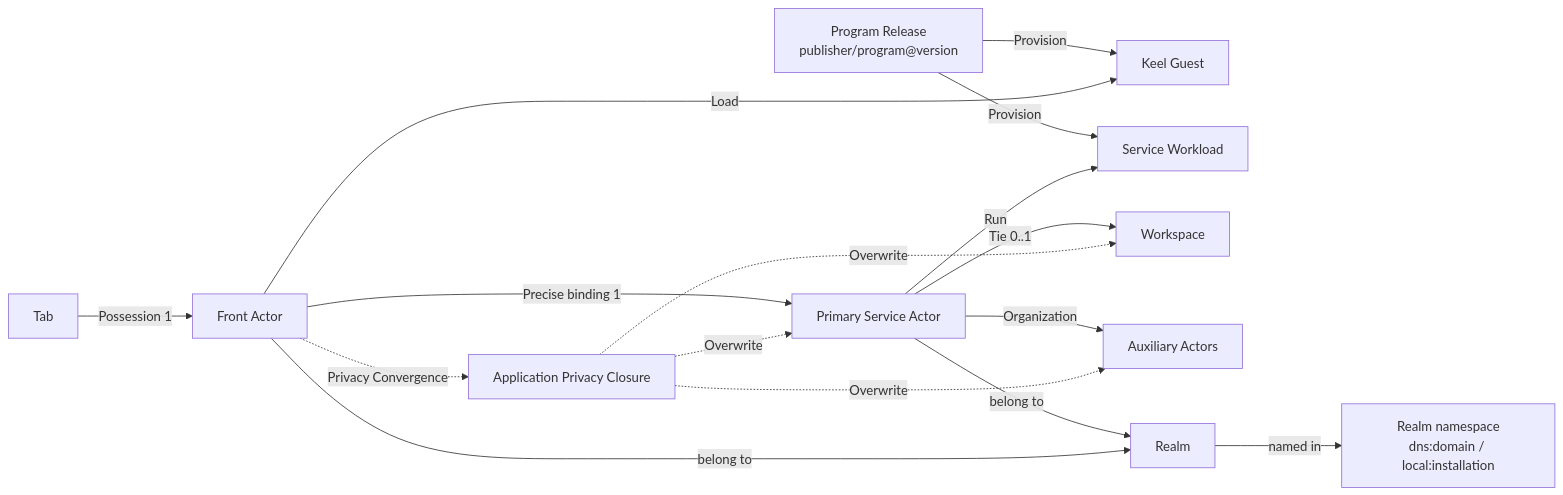
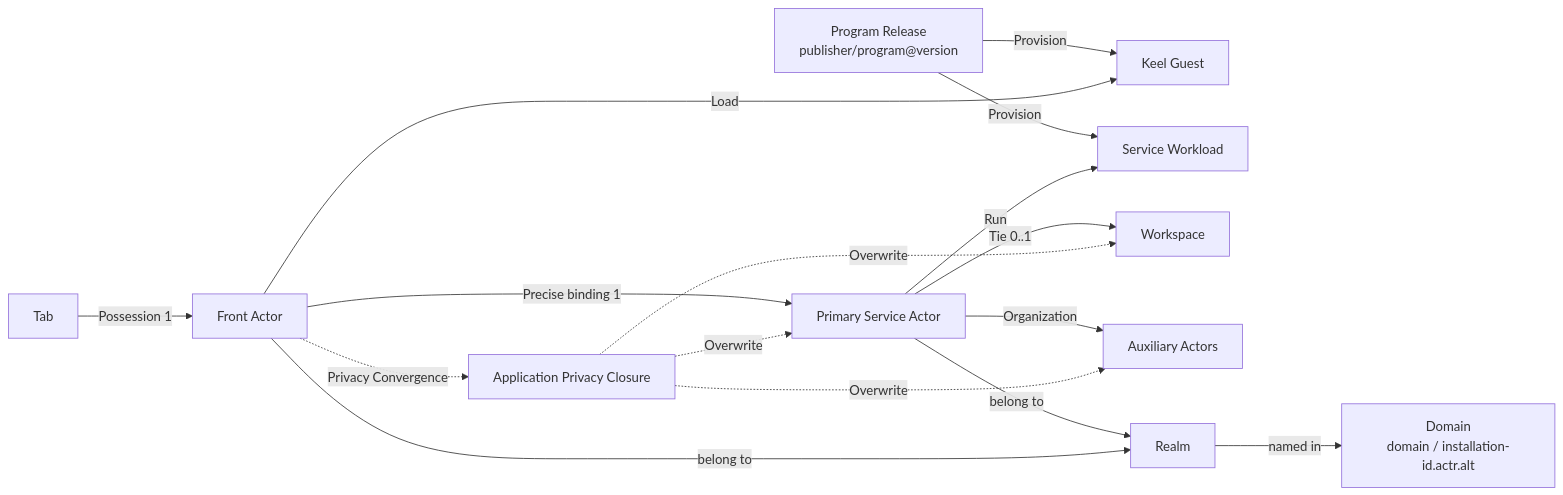
One commit to Actrium/actrium changed the diagram in docs/product/actrium-v1/02-domain-model.md. Above: the diagram before and after it, drawn with Mermaid. The commit also changed other lines of this file and 64 other files, not shown here.

````diff
--- a/docs/product/actrium-v1/02-domain-model.md
+++ b/docs/product/actrium-v1/02-domain-model.md
@@ -5,18 +5,18 @@
 ```mermaid
 flowchart LR
     P["Program Release<br/>publisher/program@version"] -->|Provision| G["Keel Guest"]
     P -->|Provision| W["Service Workload"]
     T["Tab"] -->|Possession 1| F["Front Actor"]
     F -->|Load| G
     F -->|Precise binding 1| S["Primary Service Actor"]
     S -->|Run| W
     S -->|Tie 0..1| WS["Workspace"]
     S -->|Organization| A["Auxiliary Actors"]
     S -->|belong to| R["Realm"]
     F -->|belong to| R
-    R -->|named in| NS["Realm namespace<br/>dns:domain / local:installation"]
+    R -->|named in| NS["Domain<br/>domain / installation-id.actr.alt"]
     F -.Privacy Convergence.-> PRIV["Application Privacy Closure"]
     PRIV -.Overwrite.-> S
     PRIV -.Overwrite.-> A
     PRIV -.Overwrite.-> WS
 ```
````
